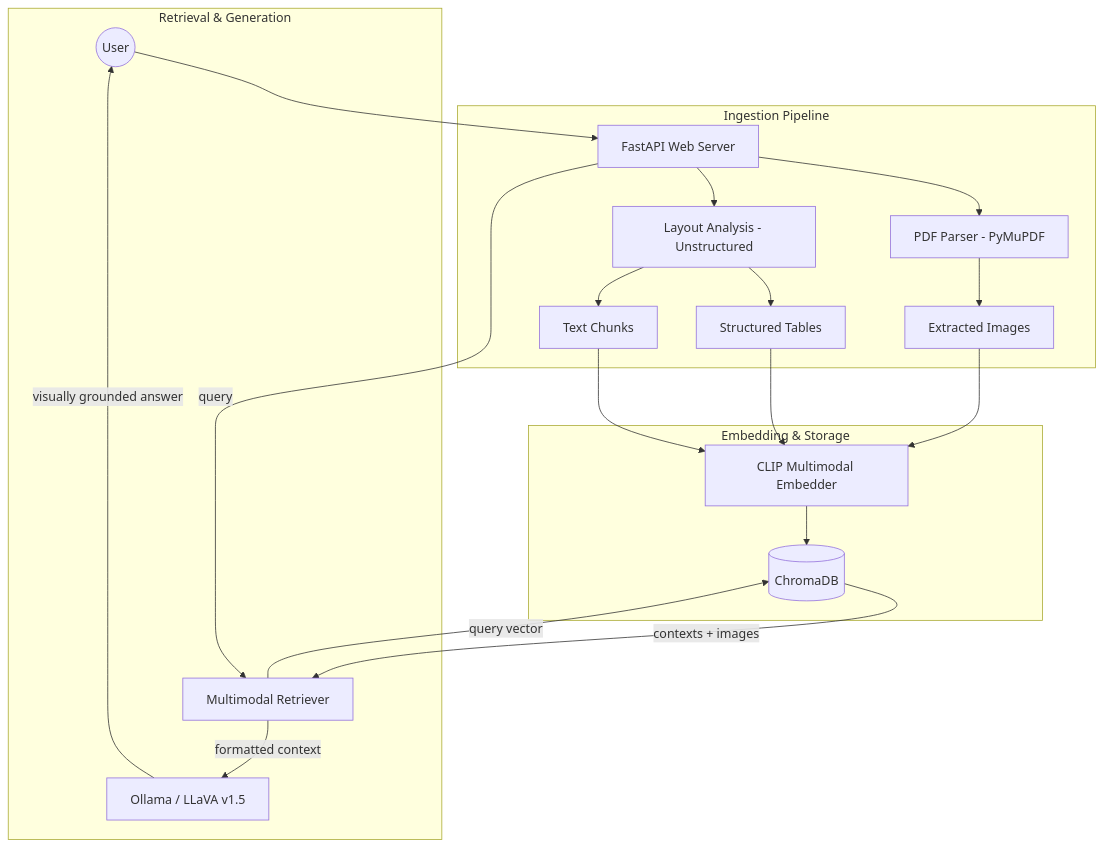
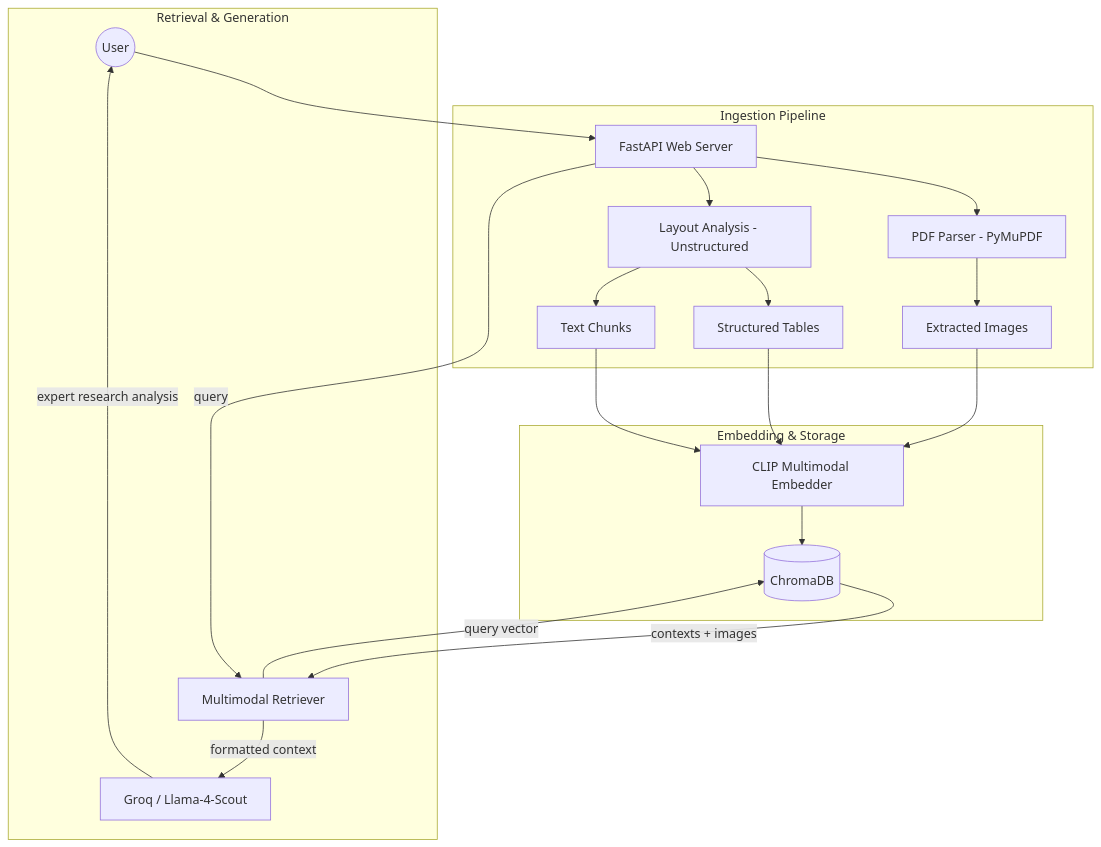
One commit to Surya2004-janardhan/Multimodal-RAG-Pipeline-Text-Img changed the diagram in ARCHITECTURE.md. Above: the diagram before and after it, drawn with Mermaid. The commit also changed other lines of this file and 2 other files, not shown here.

````diff
--- a/ARCHITECTURE.md
+++ b/ARCHITECTURE.md
@@ -9,27 +9,27 @@
 ```mermaid
 graph TD
     User((User)) --> API[FastAPI Web Server]
     
     subgraph Ingestion Pipeline
         API --> Parser[PDF Parser - PyMuPDF]
         API --> Layout[Layout Analysis - Unstructured]
         Parser --> ExtImg[Extracted Images]
         Layout --> Tables[Structured Tables]
         Layout --> Text[Text Chunks]
     end
     
     subgraph Embedding & Storage
         Text --> Embedder[CLIP Multimodal Embedder]
         Tables --> Embedder
         ExtImg --> Embedder
         Embedder --> Chroma[(ChromaDB)]
     end
     
     subgraph Retrieval & Generation
         API -- query --> Retriever[Multimodal Retriever]
         Retriever -- query vector --> Chroma
         Chroma -- contexts + images --> Retriever
-        Retriever -- formatted context --> Generator[Ollama / LLaVA v1.5]
-        Generator -- visually grounded answer --> User
+        Retriever -- formatted context --> Generator[Groq / Llama-4-Scout]
+        Generator -- expert research analysis --> User
     end
 ```
````
